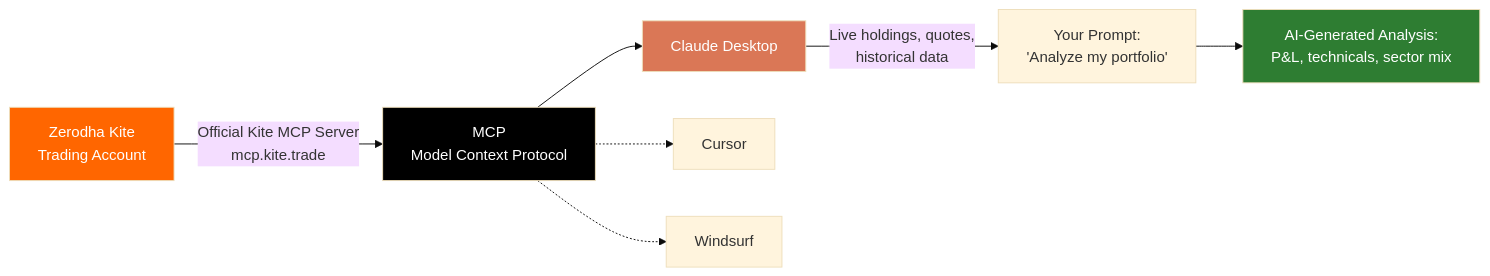
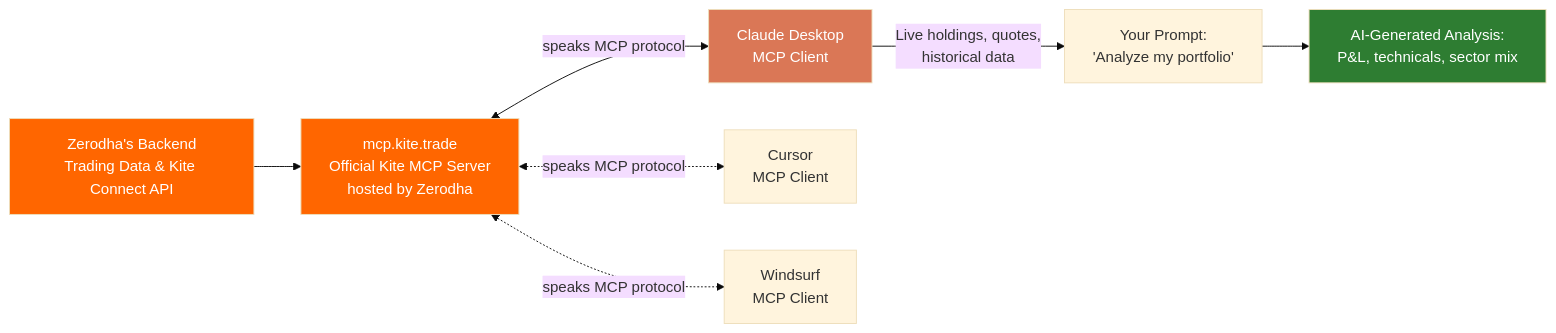
The diagram in README.md (ahernd/mcp-zerodha-market-analytics), drawn with Mermaid (base theme) before and after one commit. The commit also changed other lines of this file, not shown here.

Commit message:
Revise architecture diagram and MCP description
Updated architecture diagram and clarified MCP explanation in README.

````diff
--- a/README.md
+++ b/README.md
@@ -49,15 +49,15 @@
 ```mermaid
 flowchart LR
-    A[Zerodha Kite<br/>Trading Account] -->|Official Kite MCP Server<br/>mcp.kite.trade| B[MCP<br/>Model Context Protocol]
-    B --> C[Claude Desktop]
-    B -.-> D[Cursor]
-    B -.-> E[Windsurf]
+    A[Zerodha's Backend<br/>Trading Data & Kite Connect API] --> B[mcp.kite.trade<br/>Official Kite MCP Server<br/>hosted by Zerodha]
+    B <-->|speaks MCP protocol| C[Claude Desktop<br/>MCP Client]
+    B <-.->|speaks MCP protocol| D[Cursor<br/>MCP Client]
+    B <-.->|speaks MCP protocol| E[Windsurf<br/>MCP Client]
 
     C -->|Live holdings, quotes,<br/>historical data| F[Your Prompt:<br/>'Analyze my portfolio']
     F --> G[AI-Generated Analysis:<br/>P&L, technicals, sector mix]
 
     style A fill:#FF6600,color:#fff
-    style B fill:#000000,color:#fff
+    style B fill:#FF6600,color:#fff
     style C fill:#DA7756,color:#fff
     style G fill:#2E7D32,color:#fff
 ```
````
